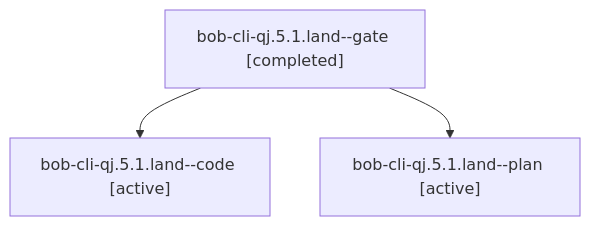
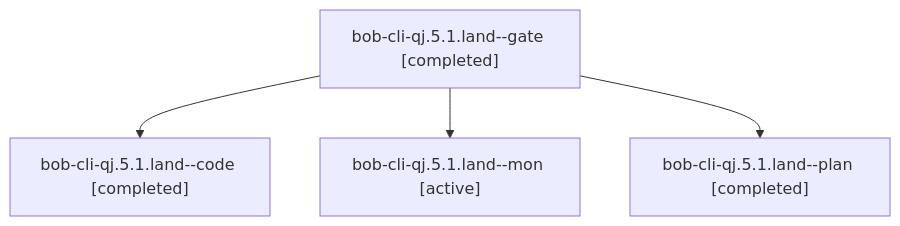
Before and after one commit to bobs-org/bob-cli--agents: the diagram in sessions/bbugyi200.apollo.bob-cli-qj.5.1.land.md, drawn with Mermaid. The commit also changed other lines of this file and 51 other files, not shown here.

````diff
--- a/sessions/bbugyi200.apollo.bob-cli-qj.5.1.land.md
+++ b/sessions/bbugyi200.apollo.bob-cli-qj.5.1.land.md
@@ -9,8 +9,10 @@
 ```mermaid
 flowchart TD
   n0["bob-cli-qj.5.1.land--gate [completed]"]
-  n1["bob-cli-qj.5.1.land--code [active]"]
+  n1["bob-cli-qj.5.1.land--code [completed]"]
   n0 --> n1
-  n2["bob-cli-qj.5.1.land--plan [active]"]
+  n2["bob-cli-qj.5.1.land--mon [active]"]
   n0 --> n2
+  n3["bob-cli-qj.5.1.land--plan [completed]"]
+  n0 --> n3
 ```
````
